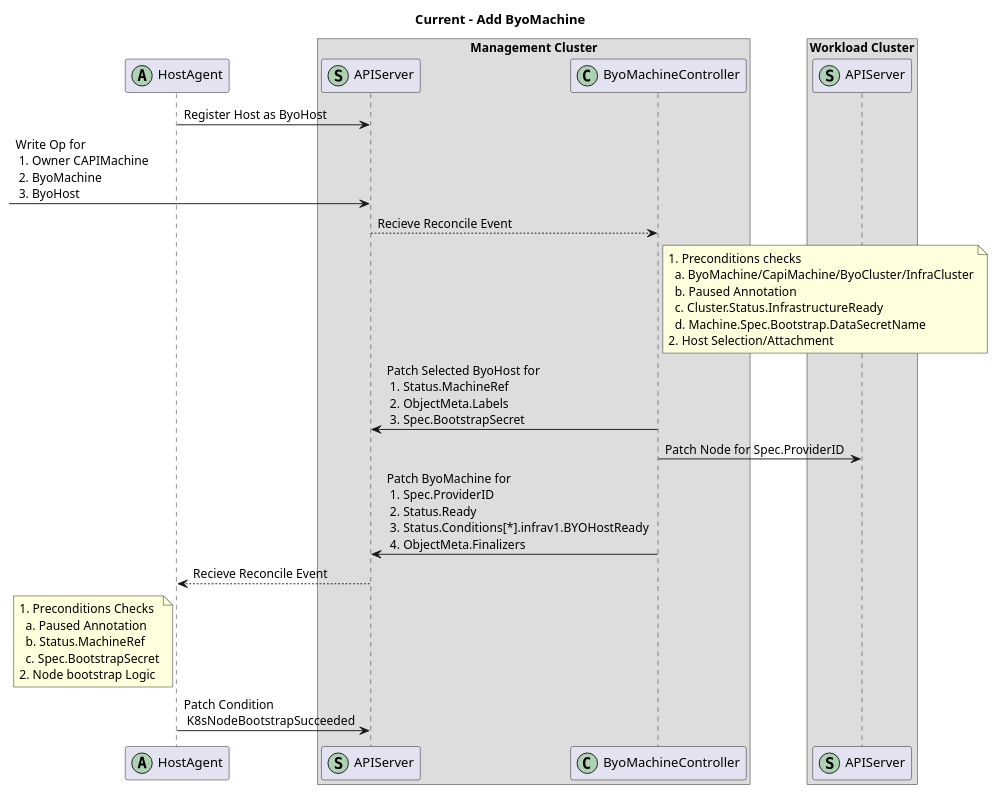
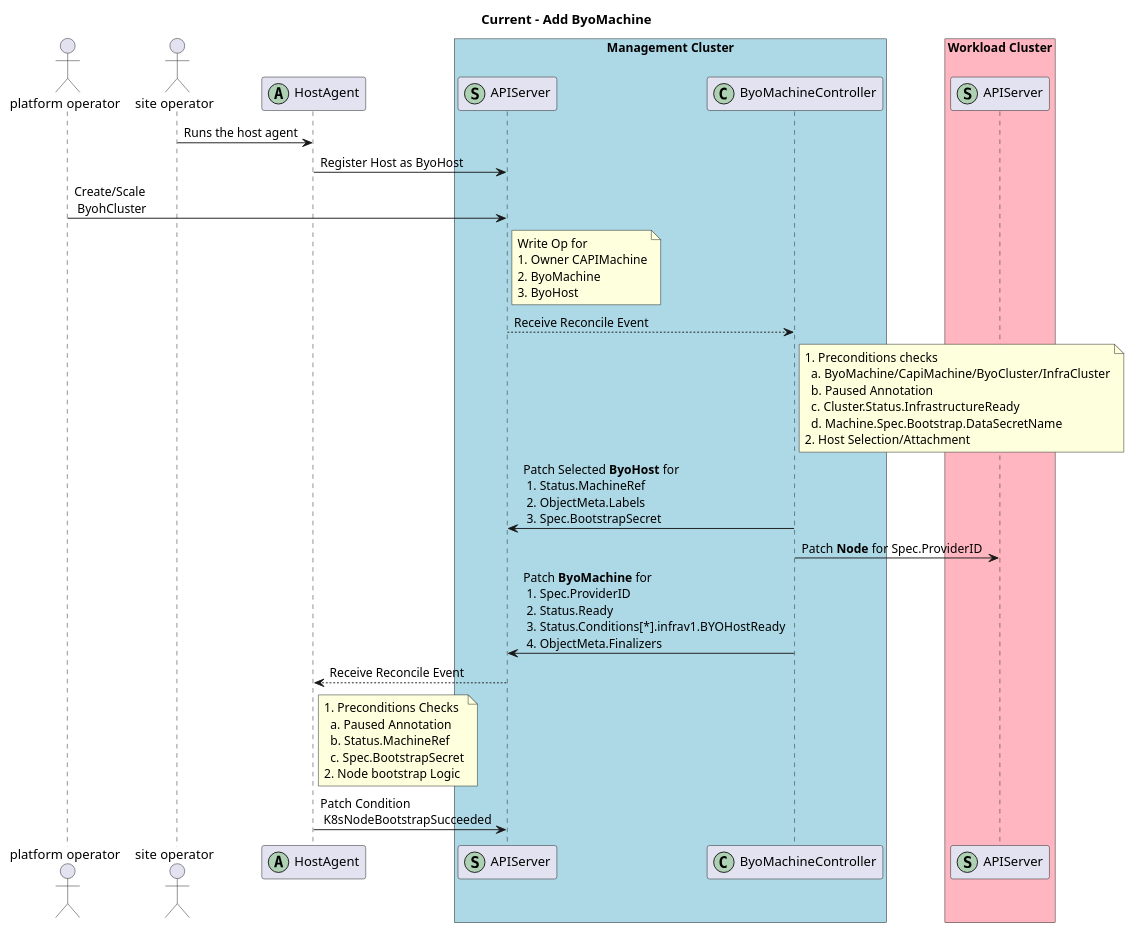
The diagram in docs/add-byomachine-workflow.puml (vmware-tanzu/cluster-api-provider-bringyourownhost), drawn with PlantUML before and after one commit. The commit also changed 3 other files, not shown here.

Commit message:
Added PNG images of plantuml diagrams

```diff
--- a/docs/add-byomachine-workflow.puml
+++ b/docs/add-byomachine-workflow.puml
@@ -1,43 +1,50 @@
-@startuml add-host
+@startuml Add-ByoMachine
 title
 Current - Add ByoMachine
 end title
+actor "platform operator" as po
+actor "site operator" as so
 
 participant HostAgent as hagent <<(A,#ADD1B2)>>
-box "Management Cluster"
+box "Management Cluster" #LightBlue
     participant APIServer as mc <<(S,#ADD1B2) >>
     participant ByoMachineController as bmc <<(C,#ADD1B2)>>
 end box
 
-box "Workload Cluster"
+box "Workload Cluster" #LightPink
     participant APIServer as wc <<(S,#ADD1B2) >>
 end box 
 
+so -> hagent: Runs the host agent
+hagent -> mc: Register Host as ByoHost
+po->mc: Create/Scale \n ByohCluster
 
-hagent -> mc: Register Host as ByoHost
-->mc: Write Op for \n 1. Owner CAPIMachine \n 2. ByoMachine \n 3. ByoHost
-
-mc --> bmc: Recieve Reconcile Event
+note right of mc
+Write Op for 
+1. Owner CAPIMachine
+2. ByoMachine
+3. ByoHost
+end note
+mc --> bmc: Receive Reconcile Event
 note right of bmc
     1. Preconditions checks
       a. ByoMachine/CapiMachine/ByoCluster/InfraCluster
       b. Paused Annotation
       c. Cluster.Status.InfrastructureReady
       d. Machine.Spec.Bootstrap.DataSecretName
     2. Host Selection/Attachment
 end note
-bmc -> mc: Patch Selected ByoHost for \n 1. Status.MachineRef \n 2. ObjectMeta.Labels \n 3. Spec.BootstrapSecret
-bmc -> wc: Patch Node for Spec.ProviderID
-bmc -> mc: Patch ByoMachine for \n 1. Spec.ProviderID \n 2. Status.Ready \n 3. Status.Conditions[*].infrav1.BYOHostReady \n 4. ObjectMeta.Finalizers
-
-mc --> hagent: Recieve Reconcile Event
-note left of hagent
+bmc -> mc: Patch Selected <b>ByoHost</b> for \n 1. Status.MachineRef \n 2. ObjectMeta.Labels \n 3. Spec.BootstrapSecret
+bmc -> wc: Patch <b>Node</b> for Spec.ProviderID
+bmc -> mc: Patch <b>ByoMachine</b> for \n 1. Spec.ProviderID \n 2. Status.Ready \n 3. Status.Conditions[*].infrav1.BYOHostReady \n 4. ObjectMeta.Finalizers
+mc --> hagent: Receive Reconcile Event
+note right of hagent
     1. Preconditions Checks
       a. Paused Annotation
       b. Status.MachineRef
       c. Spec.BootstrapSecret
     2. Node bootstrap Logic
 end note
 
 hagent -> mc: Patch Condition \n K8sNodeBootstrapSucceeded
 @enduml
```
